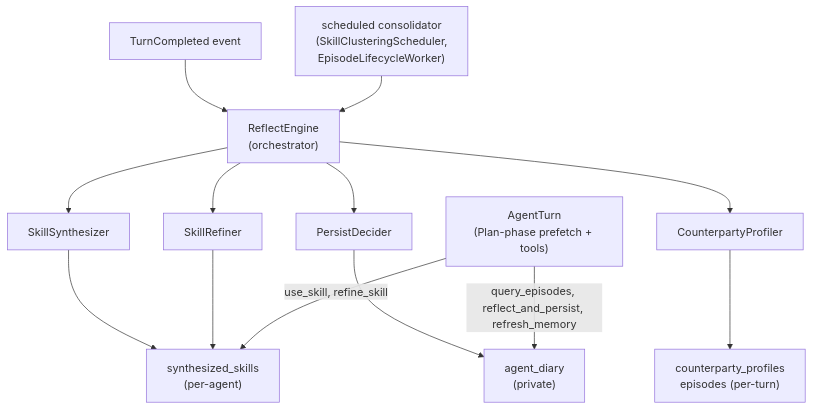
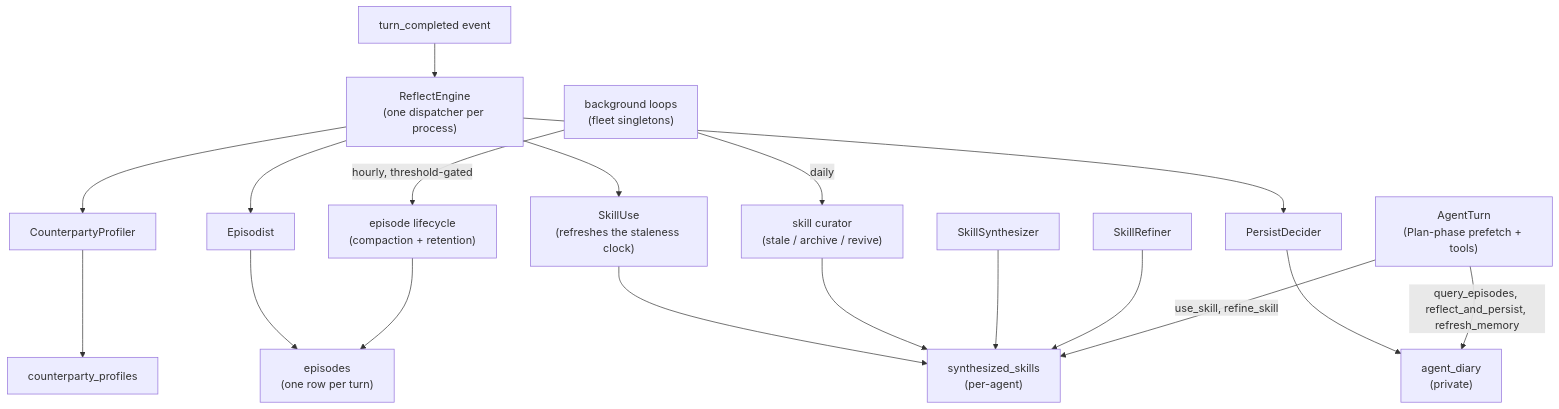
One commit to crewlet/crewlet changed the first of 2 diagrams in docs/concepts/agent-learning.md. Above: the diagram before and after it, drawn with Mermaid. The commit also changed other lines of this file and 29 other files, not shown here.

````diff
--- a/docs/concepts/agent-learning.md
+++ b/docs/concepts/agent-learning.md
@@ -30,17 +32,25 @@
 ```mermaid
 flowchart TD
-    TC["TurnCompleted event"] --> RE
-    SCH["scheduled consolidator<br/>(SkillClusteringScheduler,<br/>EpisodeLifecycleWorker)"] --> RE
-    RE["ReflectEngine<br/>(orchestrator)"]
-    RE --> SS["SkillSynthesizer"]
-    RE --> SR["SkillRefiner"]
+    TC["turn_completed event"] --> RE
+    RE["ReflectEngine<br/>(one dispatcher per process)"]
     RE --> PD["PersistDecider"]
+    RE --> EPW["Episodist"]
     RE --> CP["CounterpartyProfiler"]
-    SS --> SK["synthesized_skills<br/>(per-agent)"]
-    SR --> SK
+    RE --> SU["SkillUse<br/>(refreshes the staleness clock)"]
     PD --> AD["agent_diary<br/>(private)"]
-    CP --> EX["counterparty_profiles<br/>episodes (per-turn)"]
+    EPW --> EP["episodes<br/>(one row per turn)"]
+    CP --> CPT["counterparty_profiles"]
+    SU --> SK["synthesized_skills<br/>(per-agent)"]
+
+    CLK["background loops<br/>(fleet singletons)"]
+    CLK -->|hourly, threshold-gated| ELW["episode lifecycle<br/>(compaction + retention)"]
+    CLK -->|daily| CUR["skill curator<br/>(stale / archive / revive)"]
+    ELW --> EP
+    CUR --> SK
+
+    SS["SkillSynthesizer"] --> SK
+    SR["SkillRefiner"] --> SK
     AT["AgentTurn<br/>(Plan-phase prefetch + tools)"]
     AT -->|"use_skill, refine_skill"| SK
     AT -->|"query_episodes, reflect_and_persist, refresh_memory"| AD
 ```
````
